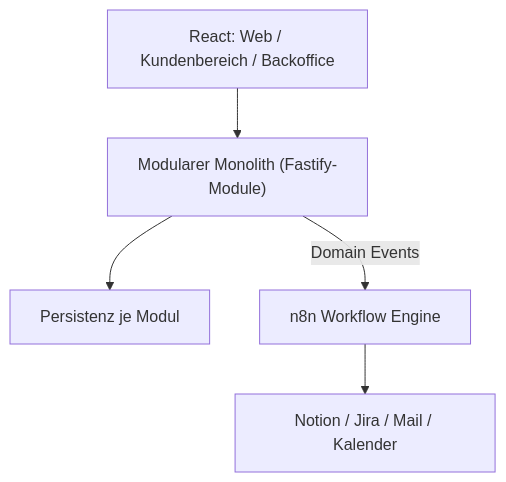
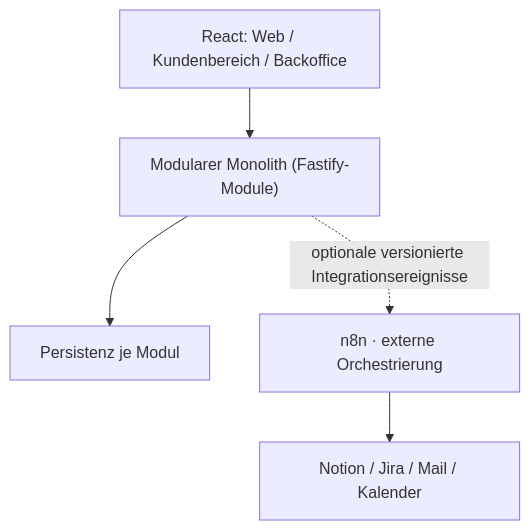
The diagram in harness/20-system-architecture.md (Klarwerkai/klarwerk), drawn with Mermaid before and after one commit. The commit also changed other lines of this file and 214 other files, not shown here.

````diff
--- a/harness/20-system-architecture.md
+++ b/harness/20-system-architecture.md
@@ -13,7 +29,7 @@
 ```mermaid
 flowchart TB
     UI["React: Web / Kundenbereich / Backoffice"] --> APP["Modularer Monolith (Fastify-Module)"]
     APP --> DB["Persistenz je Modul"]
-    APP -->|Domain Events| WF["n8n Workflow Engine"]
+    APP -.->|"optionale versionierte Integrationsereignisse"| WF["n8n · externe Orchestrierung"]
     WF --> EXT["Notion / Jira / Mail / Kalender"]
 ```
````
